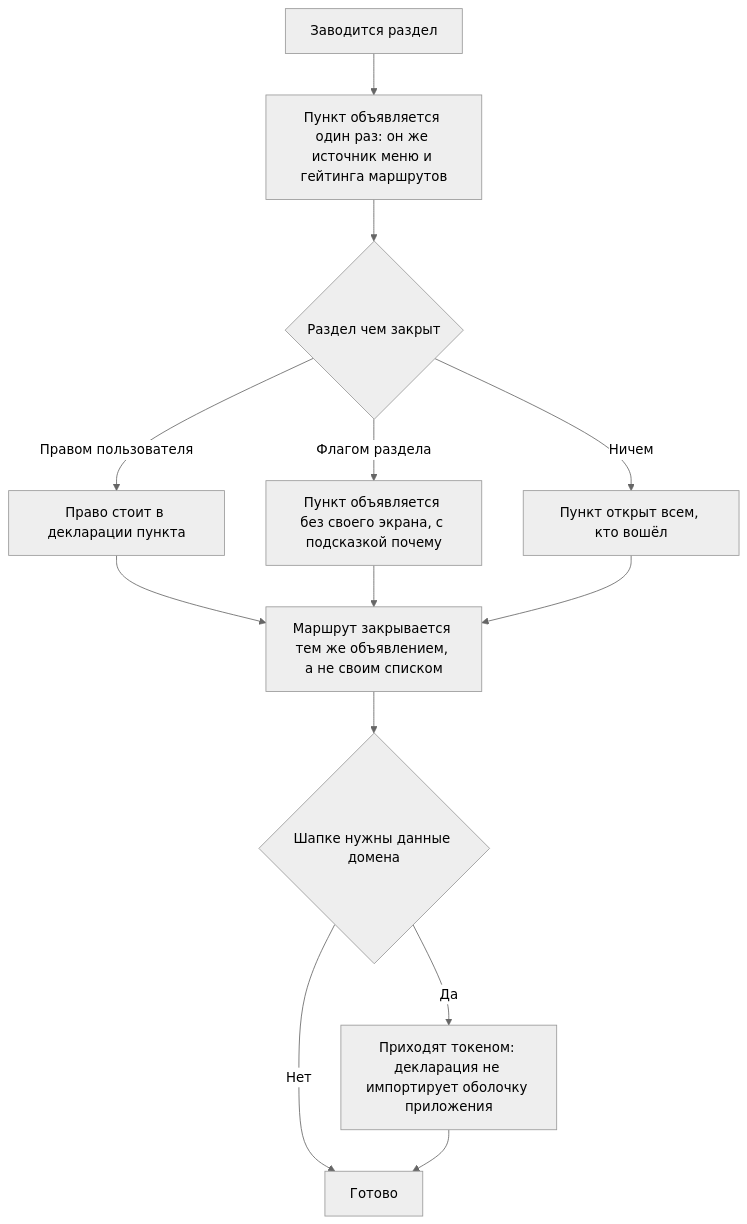
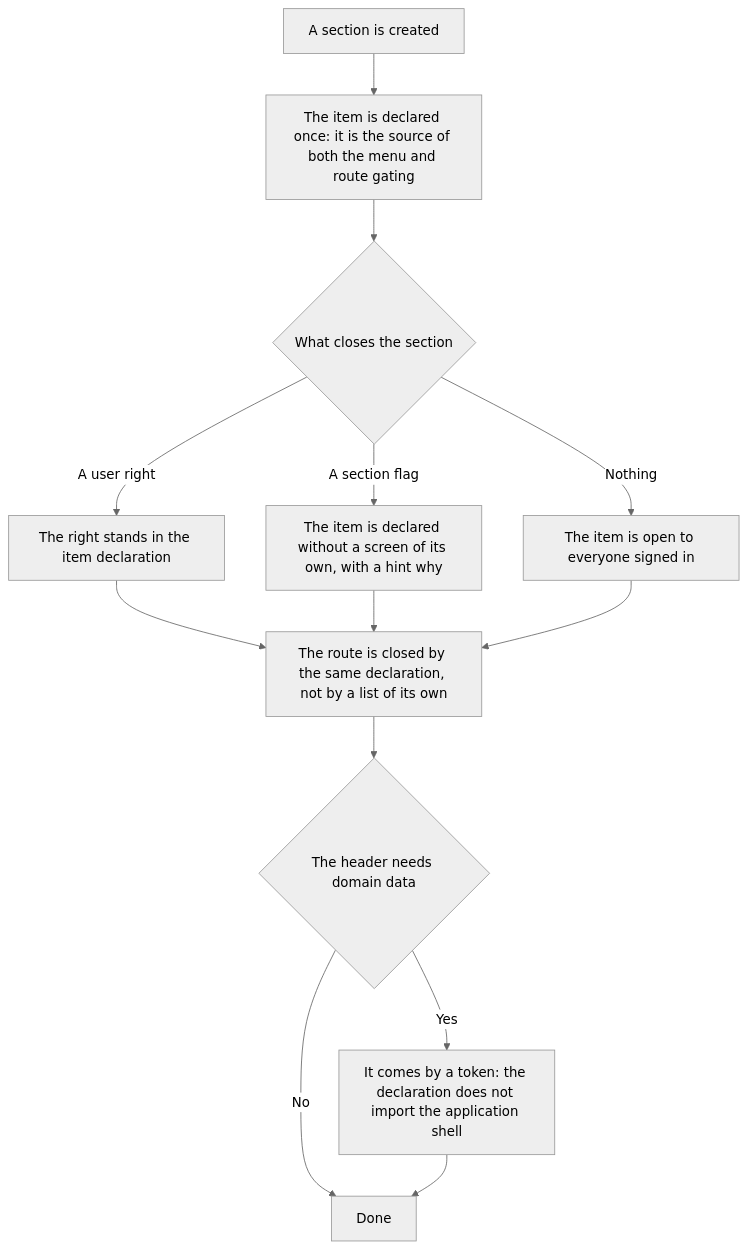
The diagram in .claude/skills/navigation/SKILL.md (Eyhenij/rt-tools), drawn with Mermaid (neutral theme) before and after one commit. The commit also changed other lines of this file and 33 other files, not shown here.

````diff
--- a/.claude/skills/navigation/SKILL.md
+++ b/.claude/skills/navigation/SKILL.md
@@ -36,15 +36,15 @@
 ```mermaid
 flowchart TD
-    A[Заводится раздел] --> B[Пункт объявляется один раз: он же источник меню и гейтинга маршрутов]
-    B --> C{Раздел чем закрыт}
-    C -->|Правом пользователя| D[Право стоит в декларации пункта]
-    C -->|Флагом раздела| E[Пункт объявляется без своего экрана, с подсказкой почему]
-    C -->|Ничем| F[Пункт открыт всем, кто вошёл]
-    D --> G[Маршрут закрывается тем же объявлением, а не своим списком]
+    A[A section is created] --> B[The item is declared once: it is the source of both the menu and route gating]
+    B --> C{What closes the section}
+    C -->|A user right| D[The right stands in the item declaration]
+    C -->|A section flag| E[The item is declared without a screen of its own, with a hint why]
+    C -->|Nothing| F[The item is open to everyone signed in]
+    D --> G[The route is closed by the same declaration, not by a list of its own]
     E --> G
     F --> G
-    G --> H{Шапке нужны данные домена}
-    H -->|Да| I[Приходят токеном: декларация не импортирует оболочку приложения]
-    H -->|Нет| J[Готово]
+    G --> H{The header needs domain data}
+    H -->|Yes| I[It comes by a token: the declaration does not import the application shell]
+    H -->|No| J[Done]
     I --> J
 ```
````
